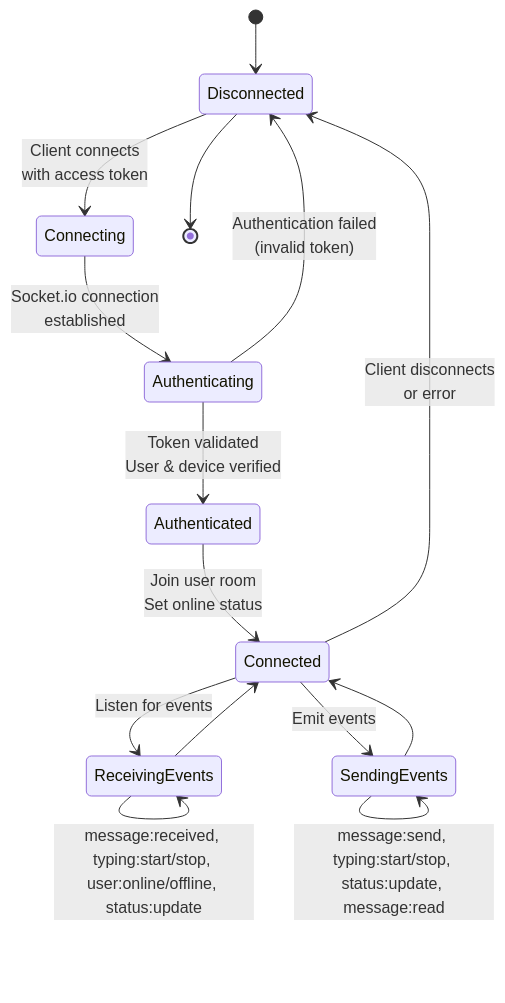
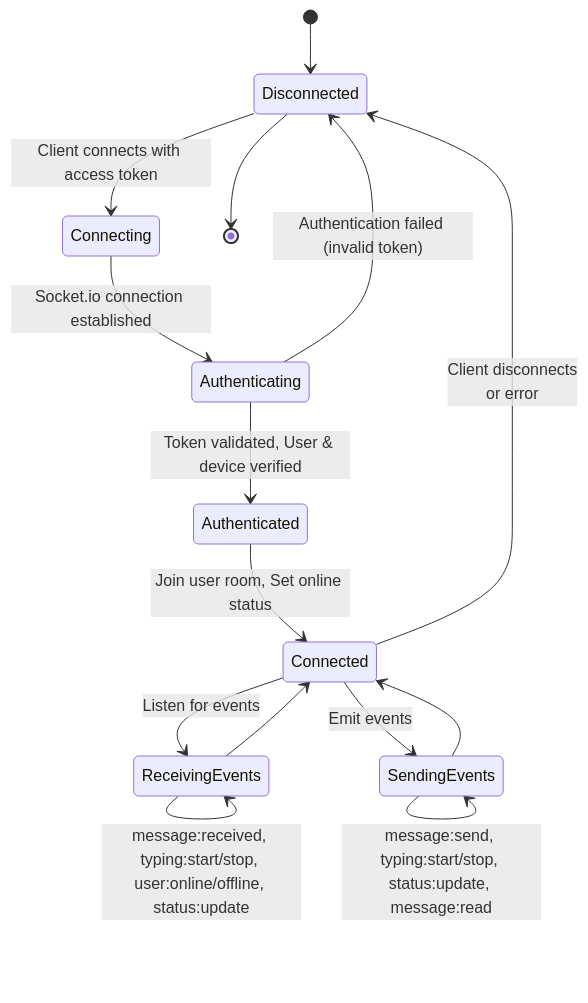
The tenth of 15 diagrams in README.md (YaduEnc/PlasticWorld), drawn with Mermaid before and after one commit. The commit also changed other lines of this file, not shown here.

First line of the commit message:
Fix all Mermaid state diagram parsing errors

````diff
--- a/README.md
+++ b/README.md
@@ -725,29 +725,29 @@
 ```mermaid
 stateDiagram-v2
     [*] --> Disconnected
     
-    Disconnected --> Connecting: Client connects<br/>with access token
+    Disconnected --> Connecting: Client connects with access token
     
-    Connecting --> Authenticating: Socket.io connection<br/>established
+    Connecting --> Authenticating: Socket.io connection established
     
-    Authenticating --> Authenticated: Token validated<br/>User & device verified
+    Authenticating --> Authenticated: Token validated, User & device verified
     
-    Authenticating --> Disconnected: Authentication failed<br/>(invalid token)
+    Authenticating --> Disconnected: Authentication failed (invalid token)
     
-    Authenticated --> Connected: Join user room<br/>Set online status
+    Authenticated --> Connected: Join user room, Set online status
     
     Connected --> ReceivingEvents: Listen for events
     
     ReceivingEvents --> ReceivingEvents: message:received, typing:start/stop, user:online/offline, status:update
     
     Connected --> SendingEvents: Emit events
     
     SendingEvents --> SendingEvents: message:send, typing:start/stop, status:update, message:read
     
     ReceivingEvents --> Connected
     SendingEvents --> Connected
     
     Connected --> Disconnected: Client disconnects<br/>or error
     
     Disconnected --> [*]
 ```
````
